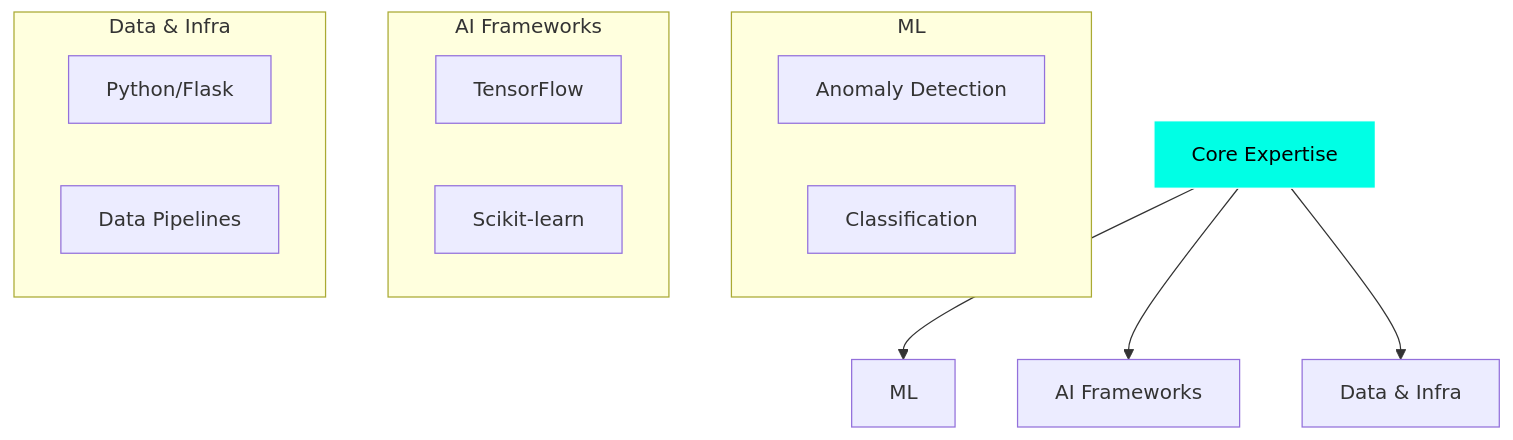
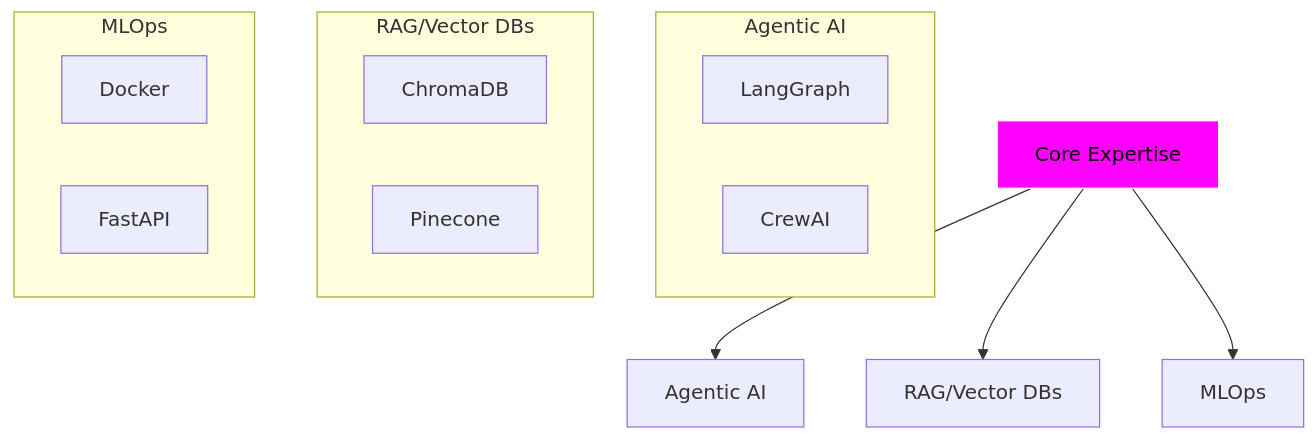
The diagram in README.md (rmayank-24/rmayank-24), drawn with Mermaid before and after one commit. The commit also changed other lines of this file, not shown here.

````diff
--- a/README.md
+++ b/README.md
@@ -128,19 +138,19 @@
   ```mermaid
   graph TD
-      A[Core Expertise] --> B[ML];
-      A --> C[AI Frameworks];
-      A --> D[Data & Infra];
-      subgraph ML
-          B1[Anomaly Detection];
-          B2[Classification];
+      A[Core Expertise] --> B[Agentic AI];
+      A --> C[RAG/Vector DBs];
+      A --> D[MLOps];
+      subgraph Agentic AI
+          B1[LangGraph];
+          B2[CrewAI];
       end
-      subgraph AI Frameworks
-          C1[TensorFlow];
-          C2[Scikit-learn];
+      subgraph RAG/Vector DBs
+          C1[ChromaDB];
+          C2[Pinecone];
       end
-      subgraph Data & Infra
-          D1[Python/Flask];
-          D2[Data Pipelines];
+      subgraph MLOps
+          D1[Docker];
+          D2[FastAPI];
       end
-      style A fill:#00FFE5,stroke:#fff,color:#000
+      style A fill:#FF00FF,stroke:#fff,color:#000
   ```
````
